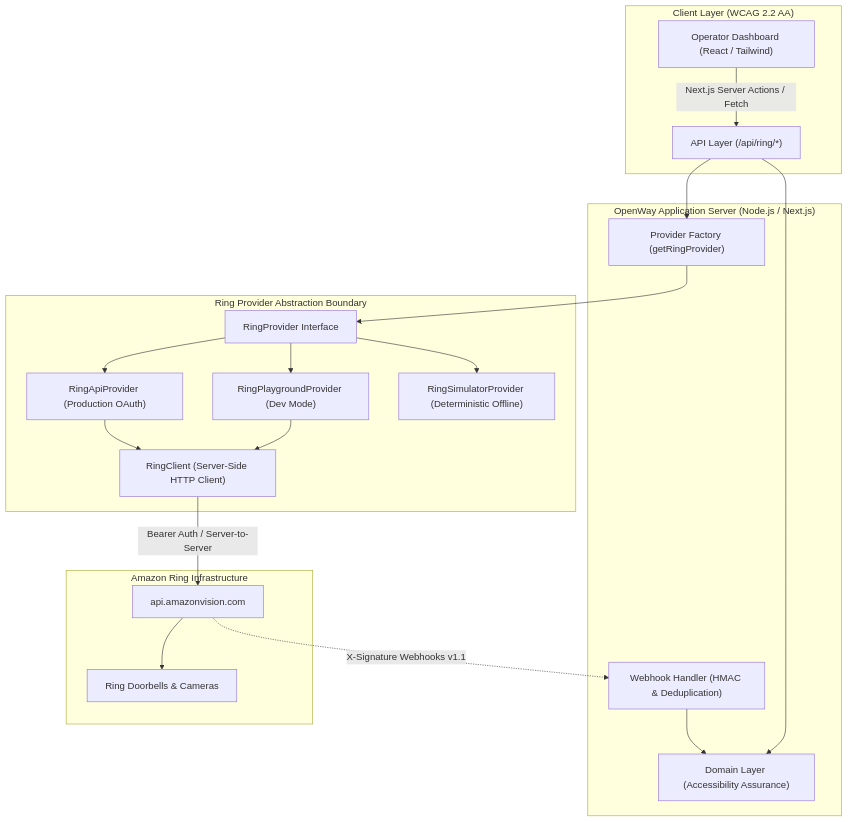
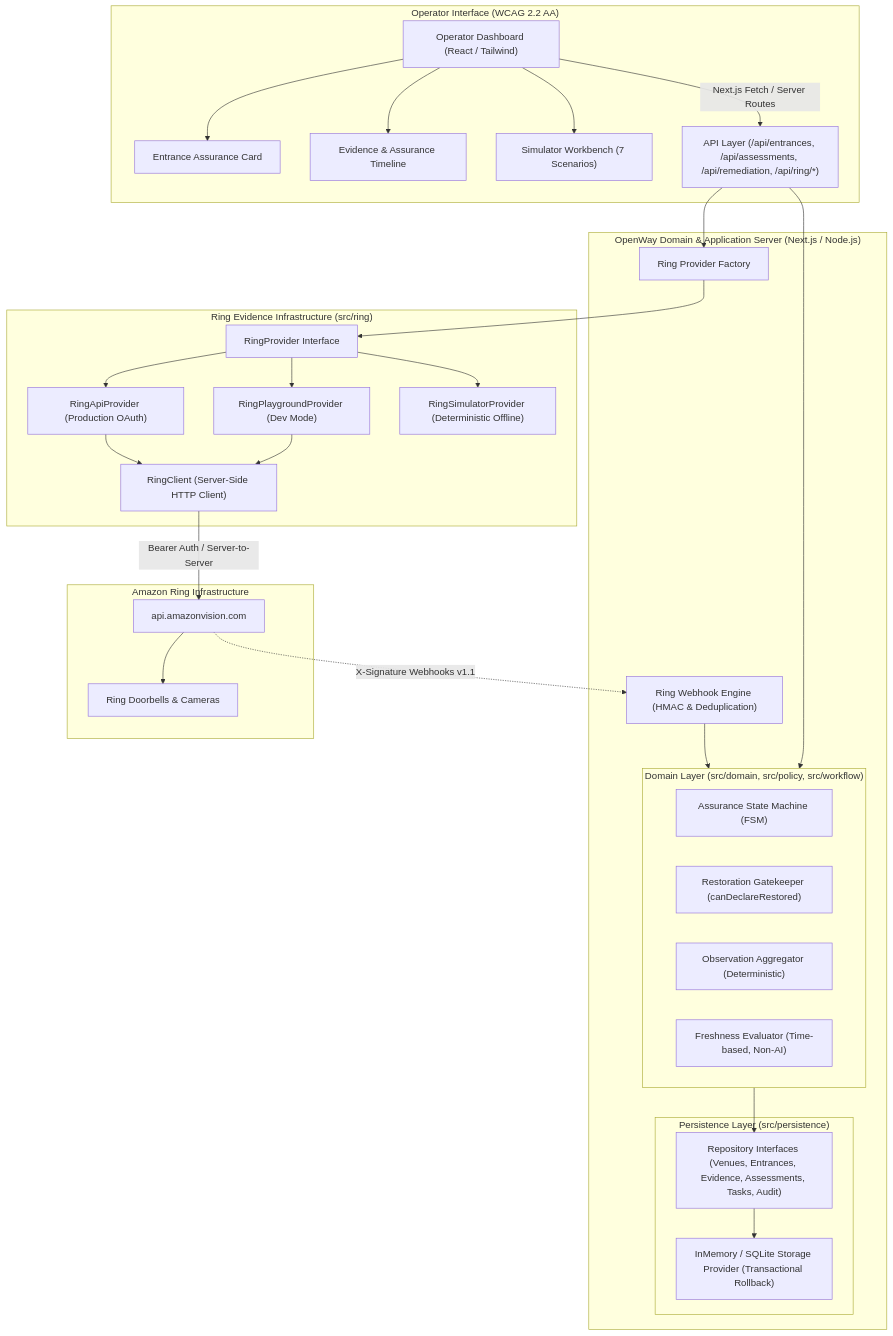
One commit to subodhkant7/openway changed the diagram in ARCHITECTURE.md. Above: the diagram before and after it, drawn with Mermaid. The commit also changed other lines of this file and 47 other files, not shown here.

Commit message:
feat: implement accessibility assurance state machine

````diff
--- a/ARCHITECTURE.md
+++ b/ARCHITECTURE.md
@@ -9,33 +9,55 @@
 ```mermaid
 graph TD
-    subgraph Browser ["Client Layer (WCAG 2.2 AA)"]
+    subgraph Browser ["Operator Interface (WCAG 2.2 AA)"]
         UI["Operator Dashboard (React / Tailwind)"]
-        UI -->|Next.js Server Actions / Fetch| API
+        Card["Entrance Assurance Card"]
+        Timeline["Evidence & Assurance Timeline"]
+        Controls["Simulator Workbench (7 Scenarios)"]
+        
+        UI --> Card
+        UI --> Timeline
+        UI --> Controls
+        UI -->|Next.js Fetch / Server Routes| API
     end
 
-    subgraph Server ["OpenWay Application Server (Node.js / Next.js)"]
-        API["API Layer (/api/ring/*)"]
-        Domain["Domain Layer (Accessibility Assurance)"]
-        Webhook["Webhook Handler (HMAC & Deduplication)"]
+    subgraph Server ["OpenWay Domain & Application Server (Next.js / Node.js)"]
+        API["API Layer (/api/entrances, /api/assessments, /api/remediation, /api/ring/*)"]
         
-        API --> Domain
-        API --> ProviderFactory["Provider Factory (getRingProvider)"]
-        Webhook --> Domain
+        subgraph DomainLayer ["Domain Layer (src/domain, src/policy, src/workflow)"]
+            FSM["Assurance State Machine (FSM)"]
+            Gatekeeper["Restoration Gatekeeper (canDeclareRestored)"]
+            Aggregator["Observation Aggregator (Deterministic)"]
+            Freshness["Freshness Evaluator (Time-based, Non-AI)"]
+        end
+
+        subgraph PersistenceLayer ["Persistence Layer (src/persistence)"]
+            RepoInterfaces["Repository Interfaces (Venues, Entrances, Evidence, Assessments, Tasks, Audit)"]
+            Storage["InMemory / SQLite Storage Provider (Transactional Rollback)"]
+            RepoInterfaces --> Storage
+        end
+
+        API --> DomainLayer
+        DomainLayer --> RepoInterfaces
+        
+        Webhook["Ring Webhook Engine (HMAC & Deduplication)"]
+        ProviderFactory["Ring Provider Factory"]
+        API --> ProviderFactory
+        Webhook --> DomainLayer
     end
 
-    subgraph ProviderLayer ["Ring Provider Abstraction Boundary"]
+    subgraph ProviderLayer ["Ring Evidence Infrastructure (src/ring)"]
         ProviderFactory --> IProvider["RingProvider Interface"]
         IProvider --> Playground["RingPlaygroundProvider (Dev Mode)"]
         IProvider --> PartnerAPI["RingApiProvider (Production OAuth)"]
         IProvider --> Simulator["RingSimulatorProvider (Deterministic Offline)"]
         
         Playground --> Client["RingClient (Server-Side HTTP Client)"]
         PartnerAPI --> Client
     end
 
     subgraph Upstream ["Amazon Ring Infrastructure"]
         Client -->|Bearer Auth / Server-to-Server| AVA["api.amazonvision.com"]
         AVA -.->|X-Signature Webhooks v1.1| Webhook
         AVA --> Hardware["Ring Doorbells & Cameras"]
     end
 ```
````
